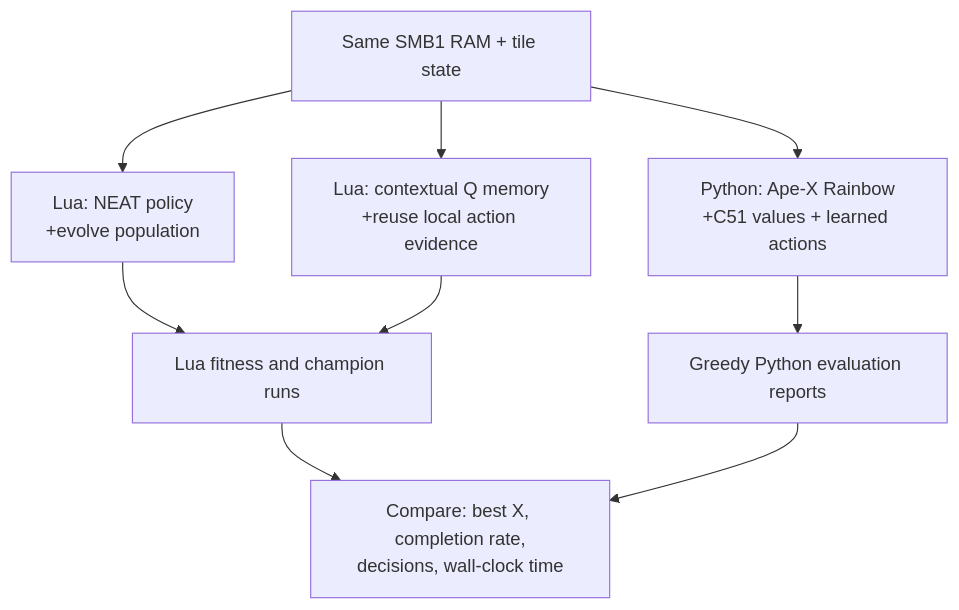
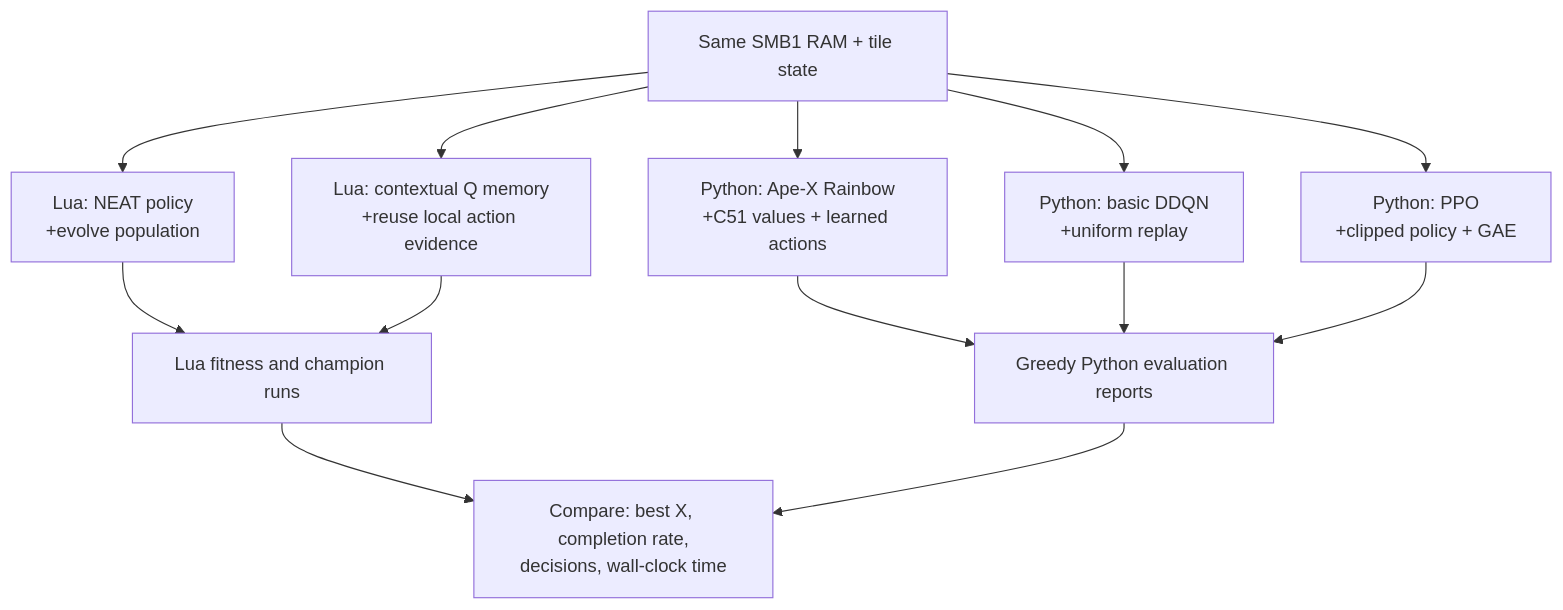
Before and after one commit to heaven-hm/mario-ai-neat: the second of 7 diagrams in README.md, drawn with Mermaid. The commit also changed other lines of this file and 12 other files, not shown here.

Commit message:
Add controlled DDQN PPO and NEAT benchmarks

````diff
--- a/README.md
+++ b/README.md
@@ -62,11 +64,15 @@
 ```mermaid
 flowchart TB
     State["Same SMB1 RAM + tile state"] --> Neat["Lua: NEAT policy\n+evolve population"]
     State --> LuaQ["Lua: contextual Q memory\n+reuse local action evidence"]
     State --> DQN["Python: Ape-X Rainbow\n+C51 values + learned actions"]
+    State --> DDQN["Python: basic DDQN\n+uniform replay"]
+    State --> PPO["Python: PPO\n+clipped policy + GAE"]
     Neat --> LuaResult["Lua fitness and champion runs"]
     LuaQ --> LuaResult
     DQN --> PythonResult["Greedy Python evaluation reports"]
+    DDQN --> PythonResult
+    PPO --> PythonResult
     LuaResult --> Compare["Compare: best X, completion rate,\ndecisions, wall-clock time"]
     PythonResult --> Compare
 ```
````
